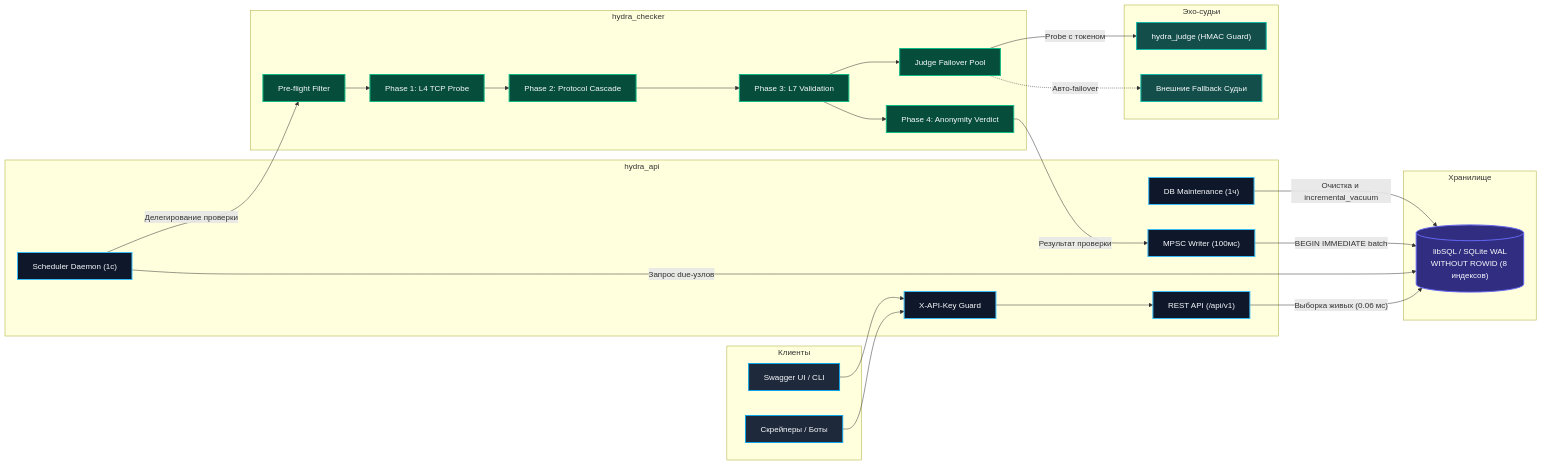
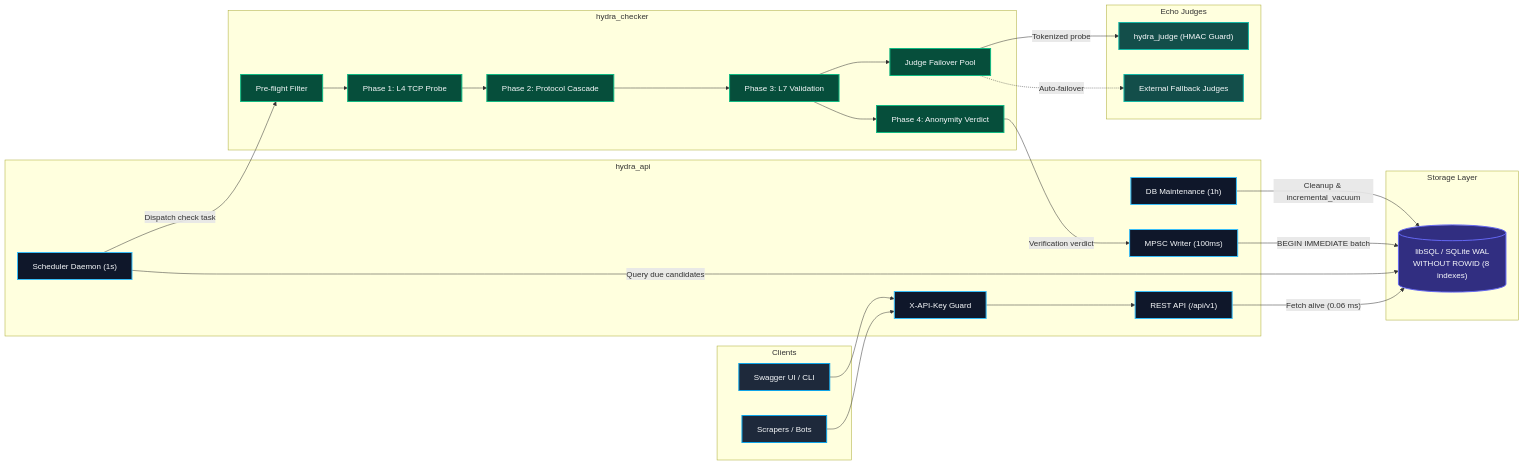
The first of 2 diagrams in README.md (stormsia/hydra), drawn with Mermaid before and after one commit. The commit also changed other lines of this file and 20 other files, not shown here.

First line of the commit message:
Add localized README files for hydra_api, hydra_checker, and hydra_judge in Russian and Chinese

````diff
--- a/README.md
+++ b/README.md
@@ -195,56 +199,56 @@
 ```mermaid
 flowchart LR
     classDef client fill:#1e293b,stroke:#0ea5e9,stroke-width:2px,color:#f8fafc;
     classDef api fill:#0f172a,stroke:#38bdf8,stroke-width:2px,color:#f8fafc;
     classDef checker fill:#064e3b,stroke:#10b981,stroke-width:2px,color:#f8fafc;
     classDef judge fill:#134e4a,stroke:#14b8a6,stroke-width:2px,color:#f8fafc;
     classDef storage fill:#312e81,stroke:#6366f1,stroke-width:2px,color:#f8fafc;
 
-    subgraph Clients["Клиенты"]
-        Scrapers["Скрейперы / Боты"]:::client
+    subgraph Clients["Clients"]
+        Scrapers["Scrapers / Bots"]:::client
         SwaggerUI["Swagger UI / CLI"]:::client
     end
 
     subgraph API["hydra_api"]
         Auth["X-API-Key Guard"]:::api
         Endpoints["REST API (/api/v1)"]:::api
-        Scheduler["Scheduler Daemon (1с)"]:::api
-        BatchWriter["MPSC Writer (100мс)"]:::api
-        Maintenance["DB Maintenance (1ч)"]:::api
+        Scheduler["Scheduler Daemon (1s)"]:::api
+        BatchWriter["MPSC Writer (100ms)"]:::api
+        Maintenance["DB Maintenance (1h)"]:::api
     end
 
     subgraph Checker["hydra_checker"]
         PreFlight["Pre-flight Filter"]:::checker
         L4Probe["Phase 1: L4 TCP Probe"]:::checker
         Cascade["Phase 2: Protocol Cascade"]:::checker
         L7Probe["Phase 3: L7 Validation"]:::checker
         Verdict["Phase 4: Anonymity Verdict"]:::checker
         JudgePool["Judge Failover Pool"]:::checker
     end
 
-    subgraph Judges["Эхо-судьи"]
+    subgraph Judges["Echo Judges"]
         HydraJudge["hydra_judge (HMAC Guard)"]:::judge
-        ExternalJudges["Внешние Fallback Судьи"]:::judge
+        ExternalJudges["External Fallback Judges"]:::judge
     end
 
-    subgraph Storage["Хранилище"]
-        DB[("libSQL / SQLite WAL<br/>WITHOUT ROWID (8 индексов)")]:::storage
+    subgraph Storage["Storage Layer"]
+        DB[("libSQL / SQLite WAL<br/>WITHOUT ROWID (8 indexes)")]:::storage
     end
 
     Scrapers --> Auth
     SwaggerUI --> Auth
     Auth --> Endpoints
-    Endpoints -->|"Выборка живых (0.06 мс)"| DB
+    Endpoints -->|"Fetch alive (0.06 ms)"| DB
 
-    Scheduler -->|"Запрос due-узлов"| DB
-    Scheduler -->|"Делегирование проверки"| PreFlight
+    Scheduler -->|"Query due candidates"| DB
+    Scheduler -->|"Dispatch check task"| PreFlight
 
     PreFlight --> L4Probe --> Cascade --> L7Probe --> Verdict
     L7Probe --> JudgePool
-    JudgePool -->|"Probe с токеном"| HydraJudge
-    JudgePool -.->|"Авто-failover"| ExternalJudges
+    JudgePool -->|"Tokenized probe"| HydraJudge
+    JudgePool -.->|"Auto-failover"| ExternalJudges
 
-    Verdict -->|"Результат проверки"| BatchWriter
+    Verdict -->|"Verification verdict"| BatchWriter
     BatchWriter -->|"BEGIN IMMEDIATE batch"| DB
-    Maintenance -->|"Очистка и incremental_vacuum"| DB
+    Maintenance -->|"Cleanup & incremental_vacuum"| DB
 ```
````
